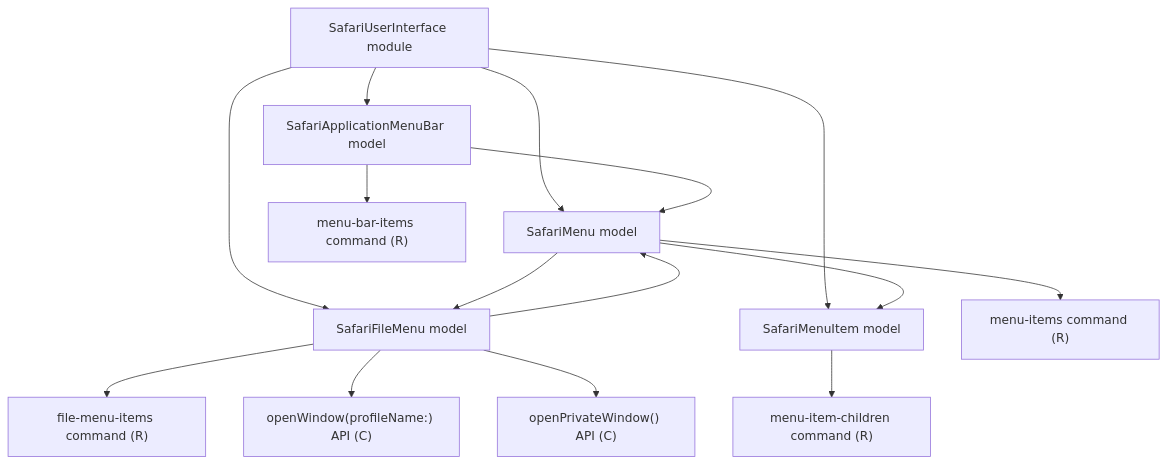
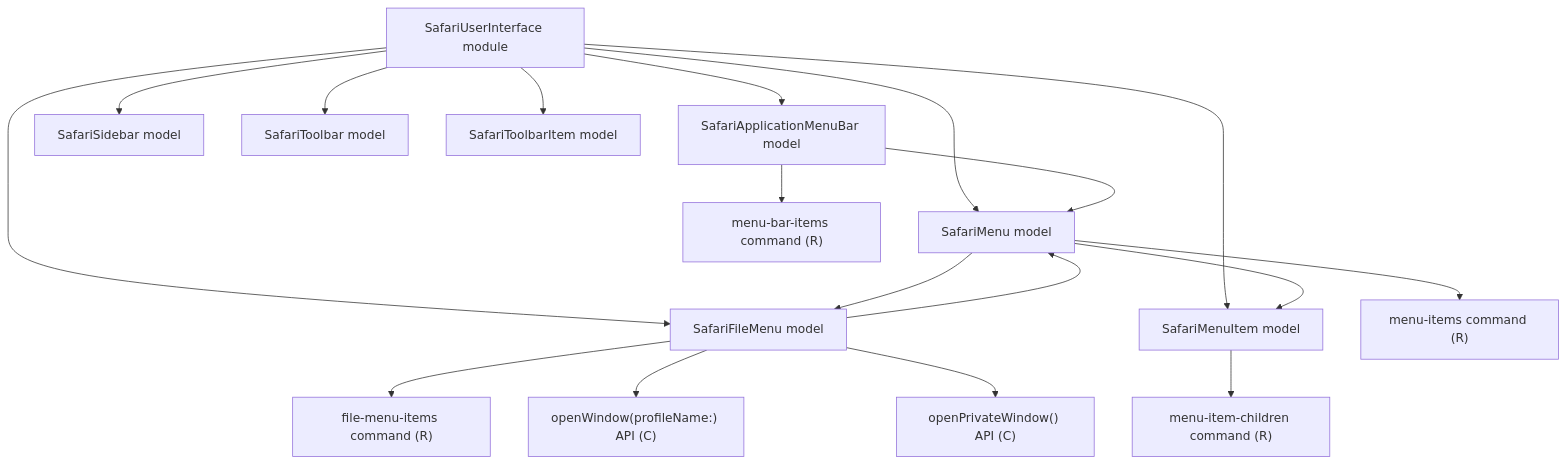
Before and after one commit to Glutexo/computer-automation: the diagram in docs/safari-user-interface-models.md, drawn with Mermaid. The commit also changed other lines of this file and 32 other files, not shown here.

````diff
--- a/docs/safari-user-interface-models.md
+++ b/docs/safari-user-interface-models.md
@@ -26,29 +33,35 @@
 ```mermaid
 flowchart TD
     SafariUI["SafariUserInterface module"]
     SafariMenuBar["SafariApplicationMenuBar model"]
+    SafariSidebar["SafariSidebar model"]
+    SafariToolbar["SafariToolbar model"]
+    SafariToolbarItem["SafariToolbarItem model"]
     SafariMenu["SafariMenu model"]
     SafariFileMenu["SafariFileMenu model"]
     SafariMenuItem["SafariMenuItem model"]
     MenuBarItems["menu-bar-items command (R)"]
     MenuItems["menu-items command (R)"]
     FileMenuItems["file-menu-items command (R)"]
     MenuItemChildren["menu-item-children command (R)"]
     OpenWindow["openWindow(profileName:) API (C)"]
     OpenPrivateWindow["openPrivateWindow() API (C)"]
 
     SafariUI --> SafariMenuBar
+    SafariUI --> SafariSidebar
+    SafariUI --> SafariToolbar
+    SafariUI --> SafariToolbarItem
     SafariUI --> SafariMenu
     SafariUI --> SafariFileMenu
     SafariUI --> SafariMenuItem
     SafariMenuBar --> SafariMenu
     SafariMenu --> MenuItems
     SafariMenu --> SafariFileMenu
     SafariMenuBar --> MenuBarItems
     SafariFileMenu --> SafariMenu
     SafariFileMenu --> FileMenuItems
     SafariFileMenu --> OpenWindow
     SafariFileMenu --> OpenPrivateWindow
     SafariMenu --> SafariMenuItem
     SafariMenuItem --> MenuItemChildren
 ```
````
